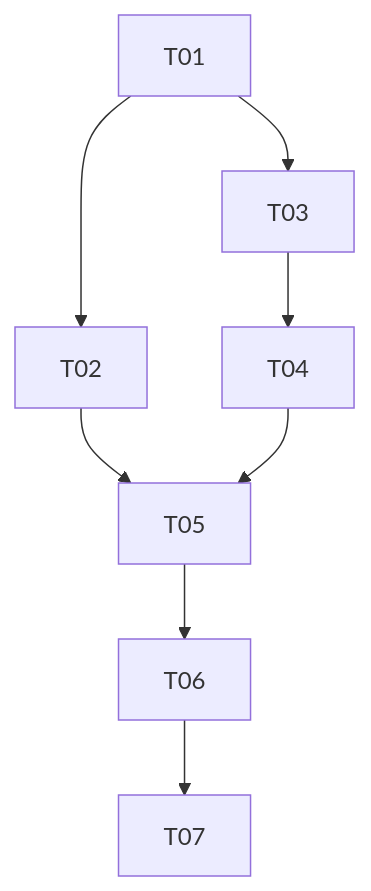
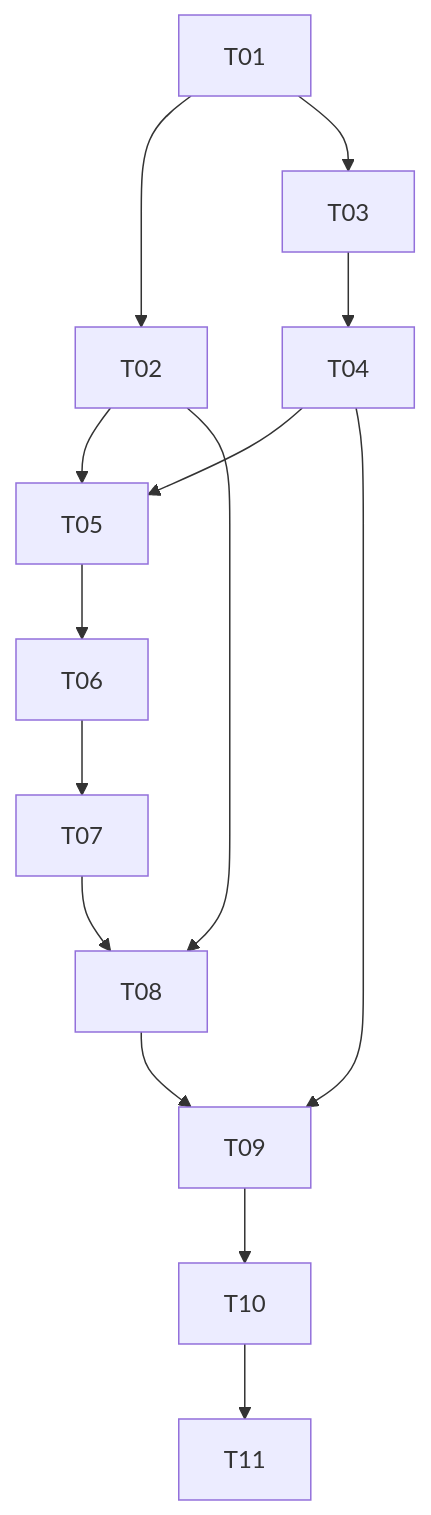
The diagram in docs/webgui-history-sidebar/TASKS.md (JAY201368/CodingAgentNeo), drawn with Mermaid before and after one commit. The commit also changed other lines of this file and 6 other files, not shown here.

````diff
--- a/docs/webgui-history-sidebar/TASKS.md
+++ b/docs/webgui-history-sidebar/TASKS.md
@@ -16,10 +16,16 @@
 ```mermaid
 flowchart TD
   T01 --> T02
   T01 --> T03
   T03 --> T04
   T02 --> T05
   T04 --> T05
   T05 --> T06
   T06 --> T07
+  T02 --> T08
+  T07 --> T08
+  T04 --> T09
+  T08 --> T09
+  T09 --> T10
+  T10 --> T11
 ```
````
